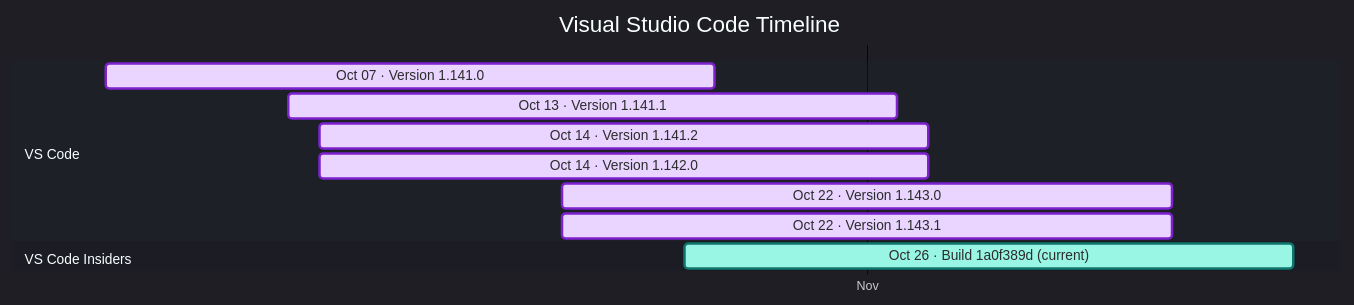
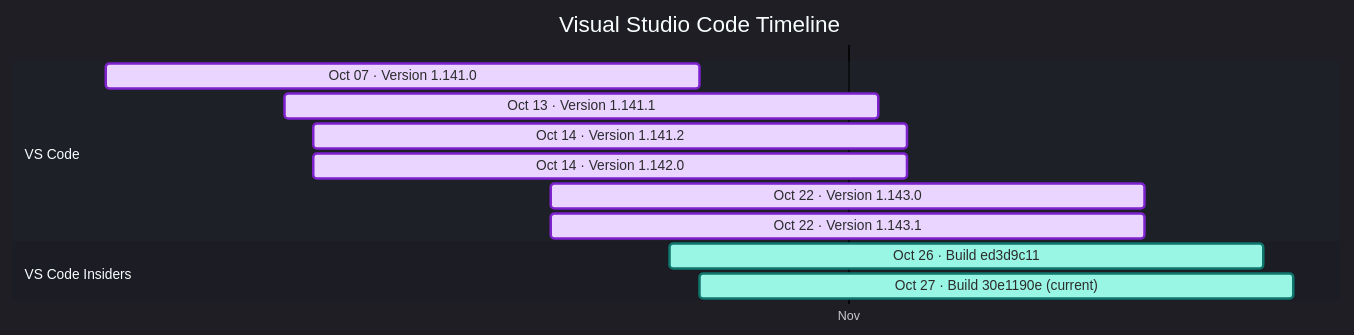
Before and after one commit to Oxelya-DevTools/VisualStudioUpdate: the diagram in docs/vscode.md, drawn with Mermaid. The commit also changed other lines of this file and 1 other file, not shown here.

````diff
--- a/docs/vscode.md
+++ b/docs/vscode.md
@@ -9,17 +9,18 @@
 ```mermaid
 %%{init: {'theme':'dark','themeVariables': { 'fontFamily': 'Segoe UI', 'fontSize': '24px', 'textColor': '#F3F4F6', 'titleTextColor': '#FFFFFF', 'taskTextColor': '#111827', 'taskTextLightColor': '#111827', 'taskTextOutsideColor': '#F3F4F6', 'taskBkgColor': '#BAE6FD', 'taskBorderColor': '#0369A1', 'doneTaskBkgColor': '#E9D5FF', 'doneTaskBorderColor': '#7E22CE', 'activeTaskBkgColor': '#99F6E4', 'activeTaskBorderColor': '#0F766E', 'critTaskBkgColor': '#FED7AA', 'critTaskBorderColor': '#C2410C', 'sectionBkgColor': '#1F2937', 'altSectionBkgColor': '#111827', 'gridColor': '#4B5563', 'todayLineColor': '#F87171' }}}%%
 gantt
     title Visual Studio Code Timeline
     dateFormat  YYYY-MM-DD
     axisFormat  %b
     tickInterval 1month
     section VS Code
     Oct 07 · Version 1.141.0 : done, vscode202610070, 2026-10-07, 20d
     Oct 13 · Version 1.141.1 : done, vscode202610131, 2026-10-13, 20d
     Oct 14 · Version 1.141.2 : done, vscode202610142, 2026-10-14, 20d
     Oct 14 · Version 1.142.0 : done, vscode202610143, 2026-10-14, 20d
     Oct 22 · Version 1.143.0 : done, vscode202610224, 2026-10-22, 20d
     Oct 22 · Version 1.143.1 : done, vscode202610225, 2026-10-22, 20d
     section VS Code Insiders
-    Oct 26 · Build 1a0f389d (current) : active, vscodeinsiders202610260, 2026-10-26, 20d
+    Oct 26 · Build ed3d9c11 : active, vscodeinsiders202610260, 2026-10-26, 20d
+    Oct 27 · Build 30e1190e (current) : active, vscodeinsiders202610271, 2026-10-27, 20d
 ```
````
